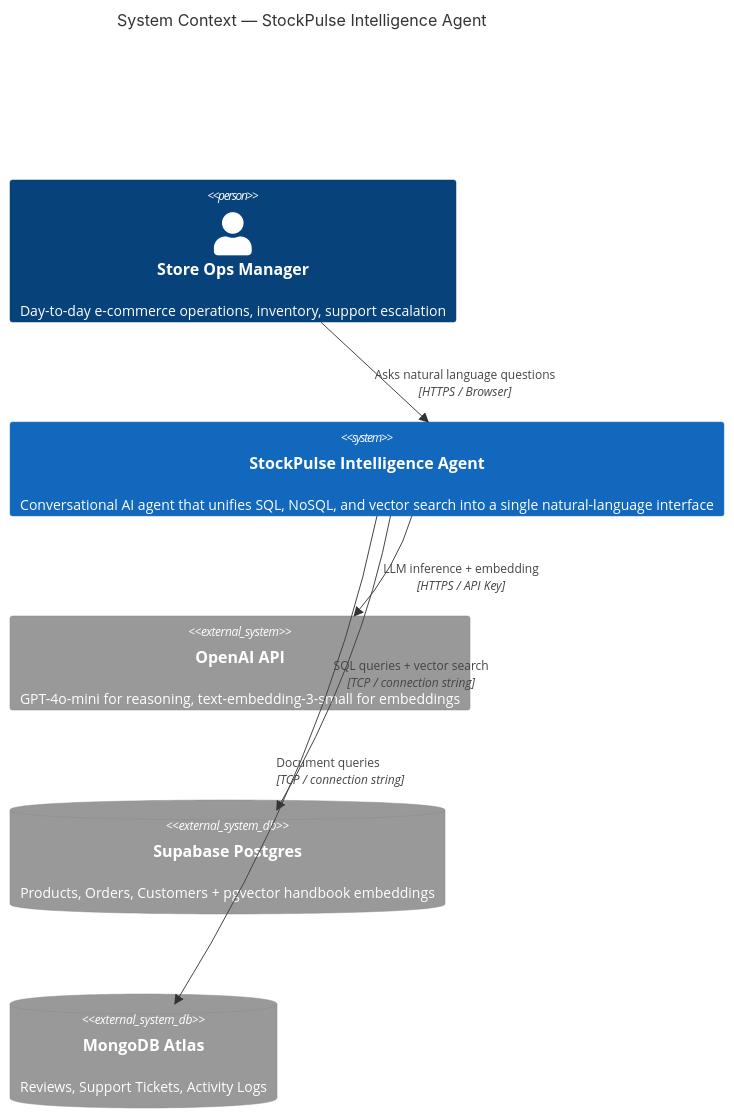
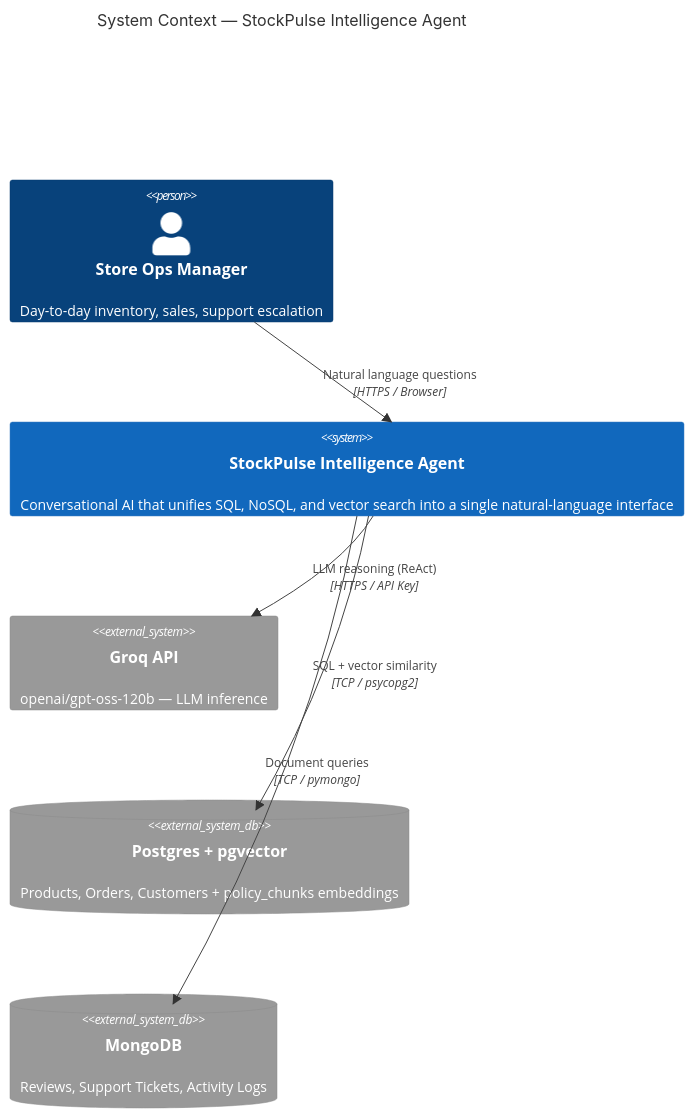
One commit to Manoj10041996/MultiDBAgent_class5_hw2_ManojKumarY changed the first of 5 diagrams in docs/ARCHITECTURE.md. Above: the diagram before and after it, drawn with Mermaid. The commit also changed other lines of this file and 27 other files, not shown here.

Commit message:
feat: all 3 tools working - SQL, MongoDB, RAG confirmed

````diff
--- a/docs/ARCHITECTURE.md
+++ b/docs/ARCHITECTURE.md
@@ -9,17 +10,17 @@
 ```mermaid
 C4Context
     title System Context — StockPulse Intelligence Agent
 
-    Person(manager, "Store Ops Manager", "Day-to-day e-commerce operations, inventory, support escalation")
-    
-    System(stockpulse, "StockPulse Intelligence Agent", "Conversational AI agent that unifies SQL, NoSQL, and vector search into a single natural-language interface")
+    Person(manager, "Store Ops Manager", "Day-to-day inventory, sales, support escalation")
 
-    System_Ext(openai, "OpenAI API", "GPT-4o-mini for reasoning, text-embedding-3-small for embeddings")
-    SystemDb_Ext(postgres, "Supabase Postgres", "Products, Orders, Customers + pgvector handbook embeddings")
-    SystemDb_Ext(mongodb, "MongoDB Atlas", "Reviews, Support Tickets, Activity Logs")
+    System(stockpulse, "StockPulse Intelligence Agent", "Conversational AI that unifies SQL, NoSQL, and vector search into a single natural-language interface")
 
-    Rel(manager, stockpulse, "Asks natural language questions", "HTTPS / Browser")
-    Rel(stockpulse, openai, "LLM inference + embedding", "HTTPS / API Key")
-    Rel(stockpulse, postgres, "SQL queries + vector search", "TCP / connection string")
-    Rel(stockpulse, mongodb, "Document queries", "TCP / connection string")
+    System_Ext(groq, "Groq API", "openai/gpt-oss-120b — LLM inference")
+    SystemDb_Ext(postgres, "Postgres + pgvector", "Products, Orders, Customers + policy_chunks embeddings")
+    SystemDb_Ext(mongodb, "MongoDB", "Reviews, Support Tickets, Activity Logs")
+
+    Rel(manager, stockpulse, "Natural language questions", "HTTPS / Browser")
+    Rel(stockpulse, groq, "LLM reasoning (ReAct)", "HTTPS / API Key")
+    Rel(stockpulse, postgres, "SQL + vector similarity", "TCP / psycopg2")
+    Rel(stockpulse, mongodb, "Document queries", "TCP / pymongo")
 ```
````
